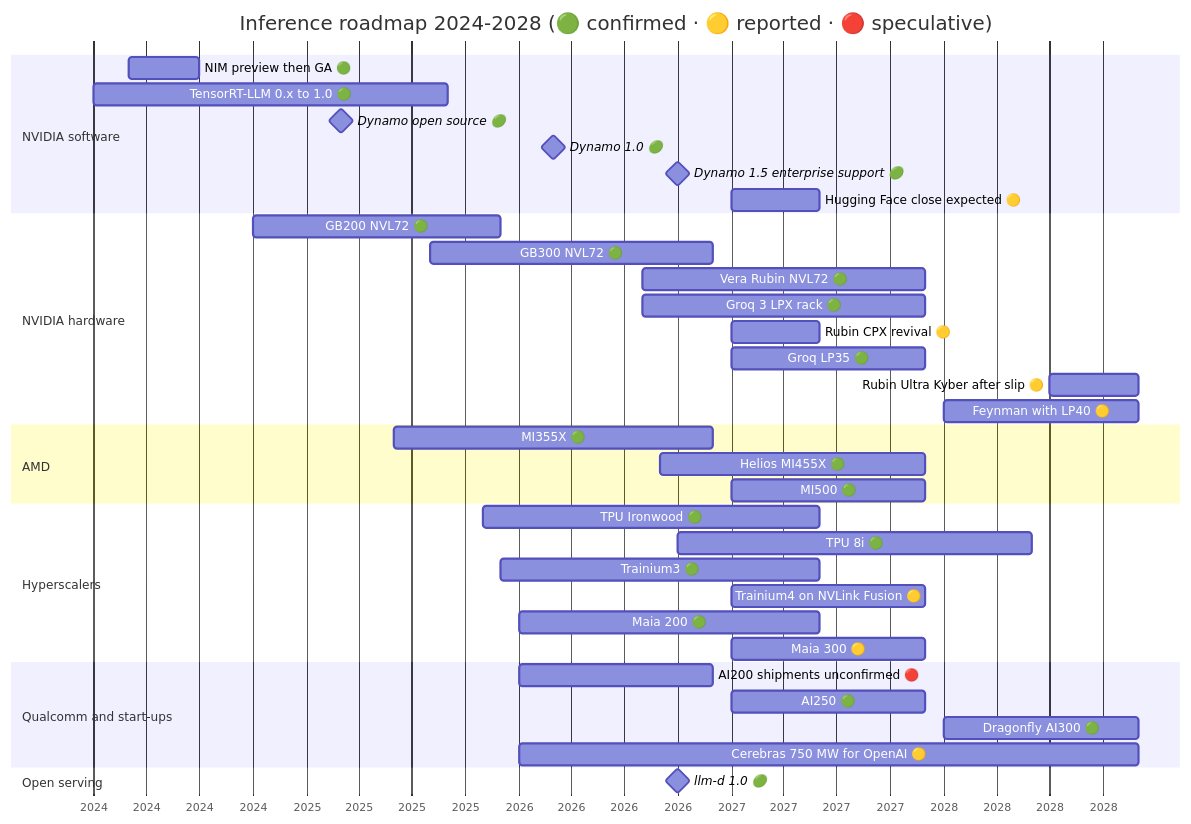
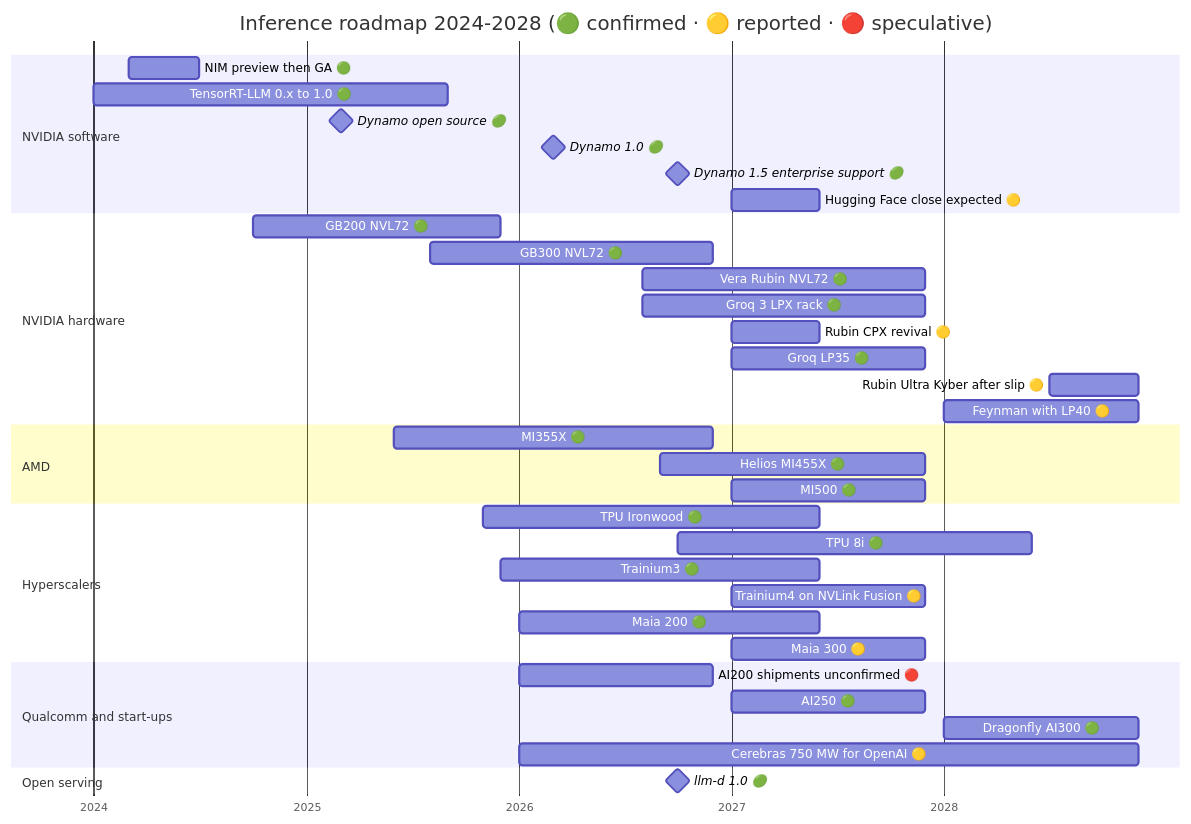
The diagram in layers/11-inference-and-ai-software/roadmap.md (FrankHuang94/nvidia_deep_dive_claude), drawn with Mermaid before and after one commit. The commit also changed other lines of this file and 100 other files, not shown here.

````diff
--- a/layers/11-inference-and-ai-software/roadmap.md
+++ b/layers/11-inference-and-ai-software/roadmap.md
@@ -14,40 +14,41 @@
 ```mermaid
 gantt
     title Inference roadmap 2024-2028 (🟢 confirmed · 🟡 reported · 🔴 speculative)
     dateFormat YYYY-MM
     axisFormat %Y
+    tickInterval 12month
     section NVIDIA software
     NIM preview then GA 🟢              :2024-03, 2024-07
     TensorRT-LLM 0.x to 1.0 🟢          :2024-01, 2025-09
     Dynamo open source 🟢               :milestone, 2025-03, 0d
     Dynamo 1.0 🟢                       :milestone, 2026-03, 0d
     Dynamo 1.5 enterprise support 🟢    :milestone, 2026-10, 0d
     Hugging Face close expected 🟡      :2027-01, 2027-06
     section NVIDIA hardware
     GB200 NVL72 🟢                      :2024-10, 2025-12
     GB300 NVL72 🟢                      :2025-08, 2026-12
     Vera Rubin NVL72 🟢                 :2026-08, 2027-12
     Groq 3 LPX rack 🟢                  :2026-08, 2027-12
     Rubin CPX revival 🟡                :2027-01, 2027-06
     Groq LP35 🟢                        :2027-01, 2027-12
     Rubin Ultra Kyber after slip 🟡     :2028-07, 2028-12
     Feynman with LP40 🟡                :2028-01, 2028-12
     section AMD
     MI355X 🟢                           :2025-06, 2026-12
     Helios MI455X 🟢                    :2026-09, 2027-12
     MI500 🟢                            :2027-01, 2027-12
     section Hyperscalers
     TPU Ironwood 🟢                     :2025-11, 2027-06
     TPU 8i 🟢                           :2026-10, 2028-06
     Trainium3 🟢                        :2025-12, 2027-06
     Trainium4 on NVLink Fusion 🟡       :2027-01, 2027-12
     Maia 200 🟢                         :2026-01, 2027-06
     Maia 300 🟡                         :2027-01, 2027-12
     section Qualcomm and start-ups
     AI200 shipments unconfirmed 🔴      :2026-01, 2026-12
     AI250 🟢                            :2027-01, 2027-12
     Dragonfly AI300 🟢                  :2028-01, 2028-12
     Cerebras 750 MW for OpenAI 🟡       :2026-01, 2028-12
     section Open serving
     llm-d 1.0 🟢                        :milestone, 2026-10, 0d
 ```
````
